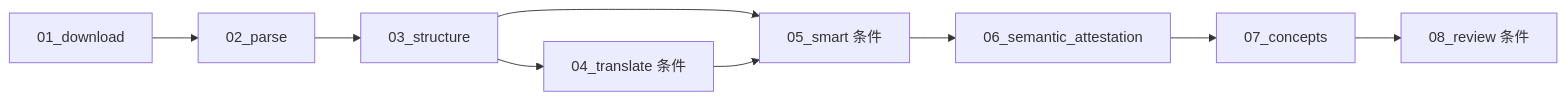
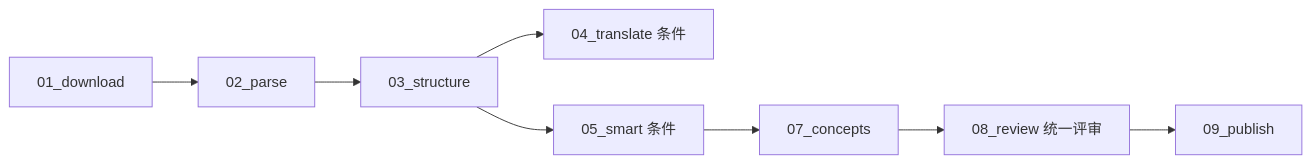
Before and after one commit to Gwzlchn/Flori: the diagram in docs/04-module-design/steps-document.md, drawn with Mermaid. The commit also changed other lines of this file and 76 other files, not shown here.

````diff
--- a/docs/04-module-design/steps-document.md
+++ b/docs/04-module-design/steps-document.md
@@ -19,11 +19,10 @@
 ```mermaid
 graph LR
   Download["01_download"] --> Parse["02_parse"]
   Parse --> Structure["03_structure"]
   Structure --> Translate["04_translate 条件"]
   Structure --> Smart["05_smart 条件"]
-  Translate --> Smart
-  Smart --> Attest["06_semantic_attestation"]
-  Attest --> Concepts["07_concepts"]
-  Concepts --> Review["08_review 条件"]
+  Smart --> Concepts["07_concepts"]
+  Concepts --> Review["08_review 统一评审"]
+  Review --> Publish["09_publish"]
 ```
````
